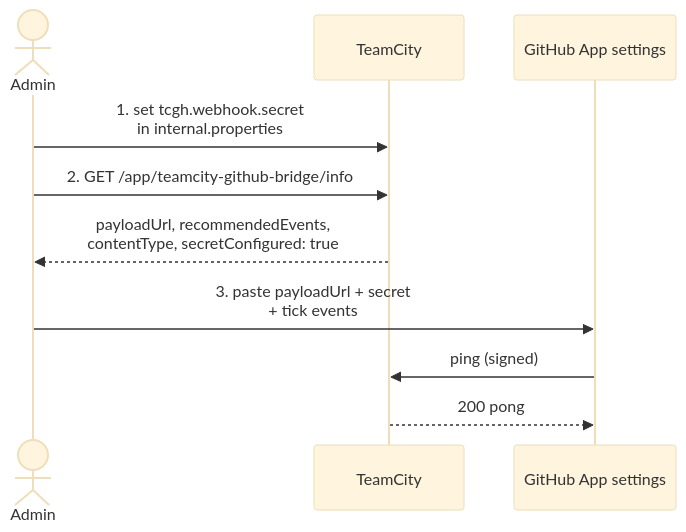
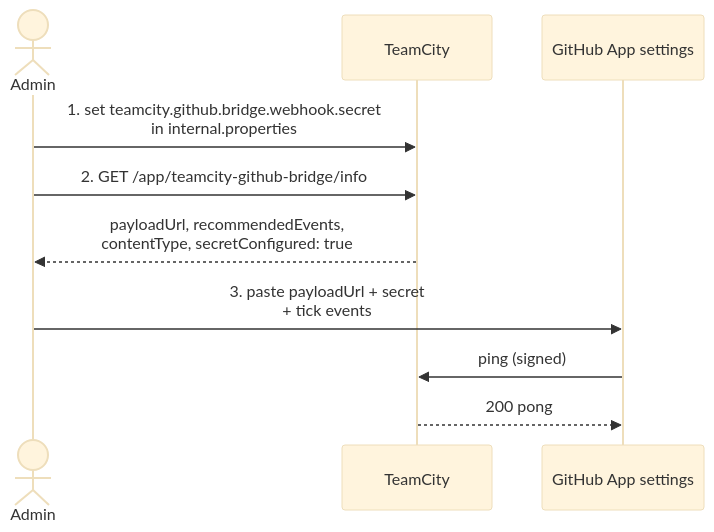
Before and after one commit to Silmaen/teamcity-github: the second of 2 diagrams in doc/webhook-setup.md, drawn with Mermaid (base theme). The commit also changed other lines of this file and 29 other files, not shown here.

````diff
--- a/doc/webhook-setup.md
+++ b/doc/webhook-setup.md
@@ -39,13 +39,13 @@
 ```mermaid
 sequenceDiagram
     actor Admin
     participant TC as TeamCity
     participant GH as GitHub App settings
 
-    Admin->>TC: 1. set tcgh.webhook.secret<br/>in internal.properties
+    Admin->>TC: 1. set teamcity.github.bridge.webhook.secret<br/>in internal.properties
     Admin->>TC: 2. GET /app/teamcity-github-bridge/info
     TC-->>Admin: payloadUrl, recommendedEvents,<br/>contentType, secretConfigured: true
     Admin->>GH: 3. paste payloadUrl + secret<br/>+ tick events
     GH->>TC: ping (signed)
     TC-->>GH: 200 pong
 ```
````
